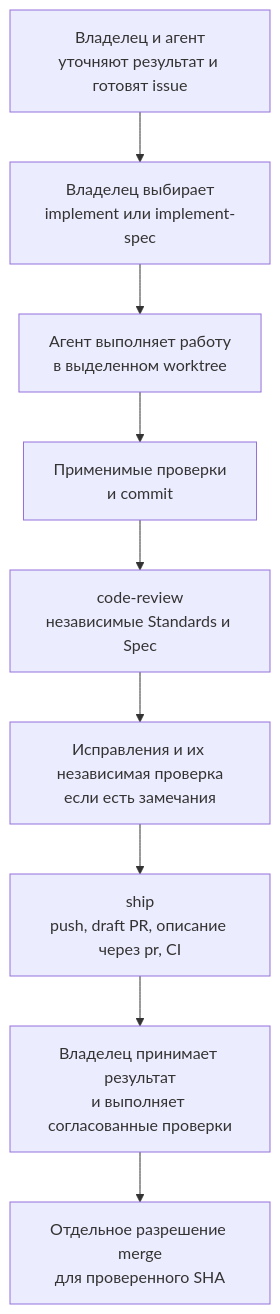
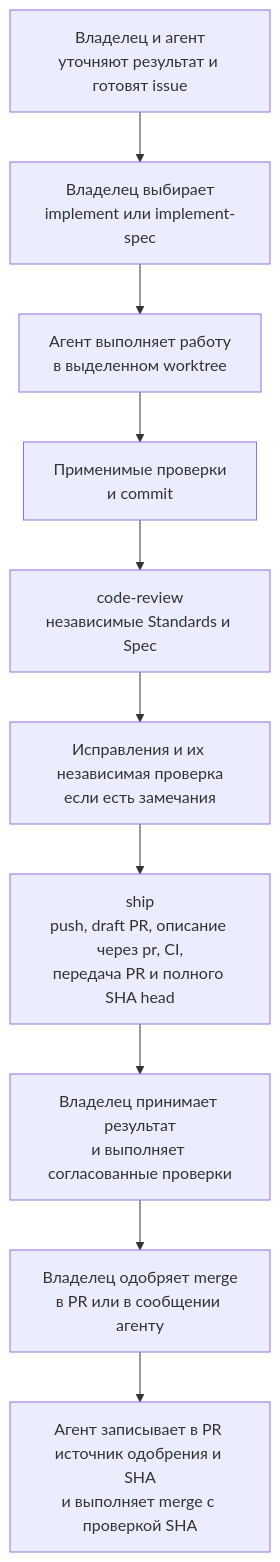
Before and after one commit to KirillSachkov/ai-first-platform: the first of 3 diagrams in docs/development-flow.md, drawn with Mermaid. The commit also changed other lines of this file and 2 other files, not shown here.

Commit message:
Вернуть исходный текст Matt в to-spec и обновить схему процесса
Refs #43

````diff
--- a/docs/development-flow.md
+++ b/docs/development-flow.md
@@ -12,11 +12,12 @@
 ```mermaid
 flowchart TD
     A["Владелец и агент<br/>уточняют результат и готовят issue"] --> B["Владелец выбирает<br/>implement или implement-spec"]
     B --> C["Агент выполняет работу<br/>в выделенном worktree"]
     C --> D["Применимые проверки<br/>и commit"]
     D --> E["code-review<br/>независимые Standards и Spec"]
     E --> F["Исправления и их независимая проверка<br/>если есть замечания"]
-    F --> G["ship<br/>push, draft PR, описание через pr, CI"]
+    F --> G["ship<br/>push, draft PR, описание через pr, CI,<br/>передача PR и полного SHA head"]
     G --> H["Владелец принимает результат<br/>и выполняет согласованные проверки"]
-    H --> I["Отдельное разрешение merge<br/>для проверенного SHA"]
+    H --> I["Владелец одобряет merge<br/>в PR или в сообщении агенту"]
+    I --> J["Агент записывает в PR источник одобрения и SHA<br/>и выполняет merge с проверкой SHA"]
 ```
````
